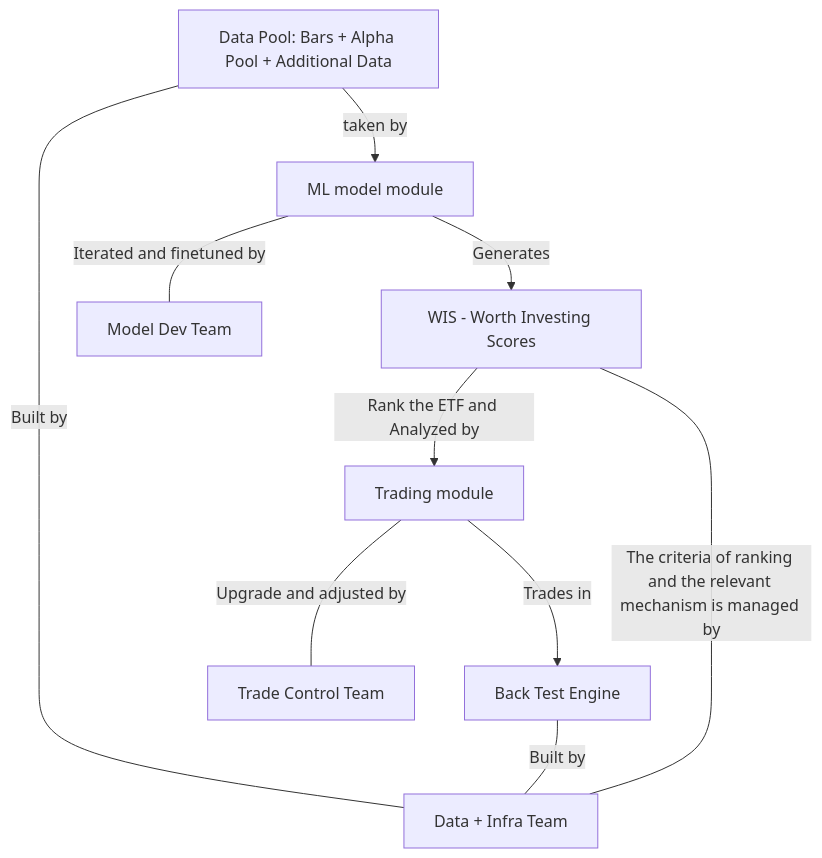
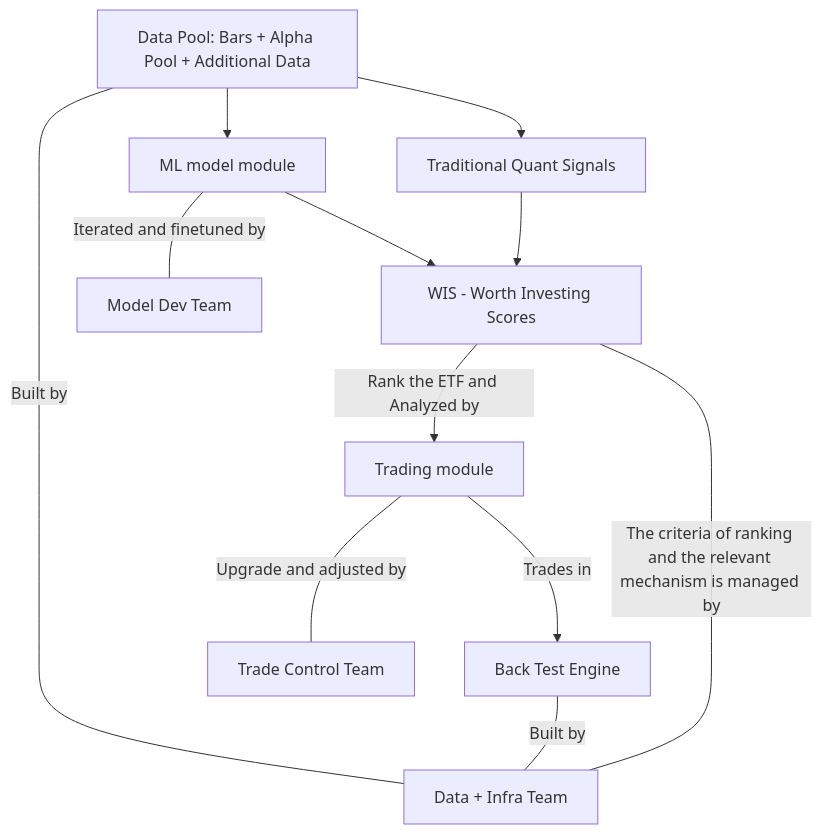
One commit to simonsparkwolf-del/ETF-QUANT-LAB changed the first of 2 diagrams in research/20260426 _Simon_ML Infra/ML architecture.md. Above: the diagram before and after it, drawn with Mermaid. The commit also changed other lines of this file, not shown here.

````diff
--- a/research/20260426 _Simon_ML Infra/ML architecture.md
+++ b/research/20260426 _Simon_ML Infra/ML architecture.md
@@ -30,12 +40,14 @@
 ```mermaid
 flowchart TB
-    A[Data Pool: Bars + Alpha Pool + Additional Data] -->|taken by| B[ML model module]
-    B -->|Generates | C[WIS - Worth Investing Scores]
+    A[Data Pool: Bars + Alpha Pool + Additional Data] --> B[ML model module]
+    B --> C[WIS - Worth Investing Scores]
+    A --> F[Traditional Quant Signals]
+    F --> C
     C -->|Rank the ETF and Analyzed by| D[Trading module]
     D -->|Trades in| E[Back Test Engine]
     A ---|Built by| Group1[Data + Infra Team]
     E ---|Built by| Group1
     B ---|Iterated and finetuned by| Group2[Model Dev Team]
     C ---|The criteria of ranking and the relevant mechanism is managed by| Group1
     D ---|Upgrade and adjusted by| Group3[Trade Control Team]
 ```
````
